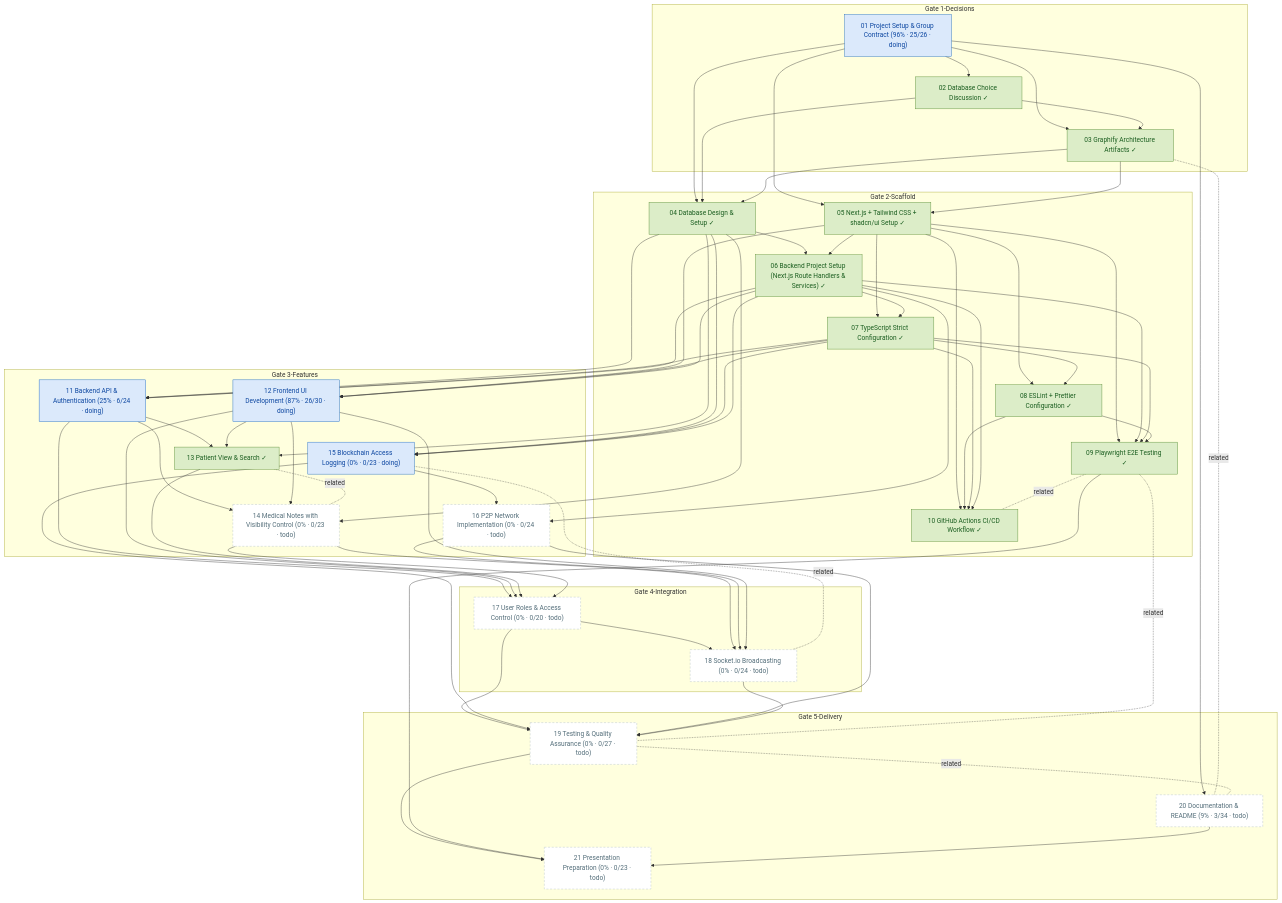
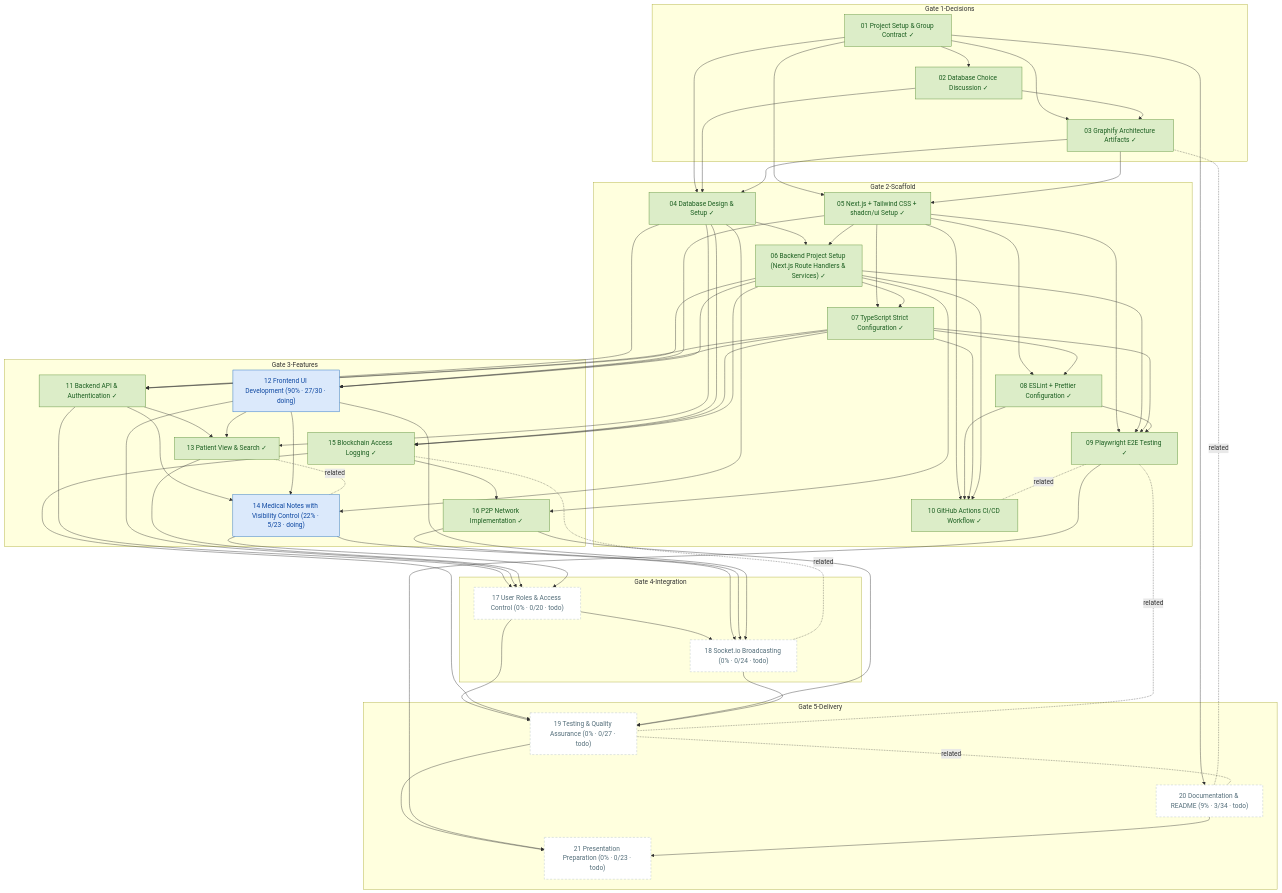
One commit to matdevstamp/inl-3-awesome-journal changed the diagram in docs/diagrams/task-dependencies.md. Above: the diagram before and after it, drawn with Mermaid. The commit also changed 12 other files, not shown here.

First line of the commit message:
docs: sync draft tasks with project board and regenerate diagrams

```diff
--- a/docs/diagrams/task-dependencies.md
+++ b/docs/diagrams/task-dependencies.md
@@ -30,7 +30,7 @@
     %% Dotted line A -. related .- B: A and B are related
     %% Colors: green done · blue in progress · dashed gray todo (not started)
     subgraph decisions["Gate 1-Decisions"]
-    T01["01 Project Setup & Group Contract (96% · 25/26 · doing)"]
+    T01["01 Project Setup & Group Contract ✓"]
     T02["02 Database Choice Discussion ✓"]
     T03["03 Graphify Architecture Artifacts ✓"]
     end
@@ -44,12 +44,12 @@
     T10["10 GitHub Actions CI/CD Workflow ✓"]
     end
     subgraph features["Gate 3-Features"]
-    T11["11 Backend API & Authentication (25% · 6/24 · doing)"]
-    T12["12 Frontend UI Development (87% · 26/30 · doing)"]
+    T11["11 Backend API & Authentication ✓"]
+    T12["12 Frontend UI Development (90% · 27/30 · doing)"]
     T13["13 Patient View & Search ✓"]
-    T14["14 Medical Notes with Visibility Control (0% · 0/23 · todo)"]
-    T15["15 Blockchain Access Logging (0% · 0/23 · doing)"]
-    T16["16 P2P Network Implementation (0% · 0/24 · todo)"]
+    T14["14 Medical Notes with Visibility Control (22% · 5/23 · doing)"]
+    T15["15 Blockchain Access Logging ✓"]
+    T16["16 P2P Network Implementation ✓"]
     end
     subgraph integration["Gate 4-Integration"]
     T17["17 User Roles & Access Control (0% · 0/20 · todo)"]
@@ -124,7 +124,7 @@
     classDef done fill:#dcedc8,stroke:#558b2f,color:#1b5e20
     classDef doing fill:#dbe9fb,stroke:#1565c0,color:#0d47a1
     classDef todo fill:#ffffff,stroke:#b0bec5,color:#546e7a,stroke-dasharray:5 4
-    class T01 doing;
+    class T01 done;
     class T02 done;
     class T03 done;
     class T04 done;
@@ -134,12 +134,12 @@
     class T08 done;
     class T09 done;
     class T10 done;
-    class T11 doing;
+    class T11 done;
     class T12 doing;
     class T13 done;
-    class T14 todo;
-    class T15 doing;
-    class T16 todo;
+    class T14 doing;
+    class T15 done;
+    class T16 done;
     class T17 todo;
     class T18 todo;
     class T19 todo;
```
